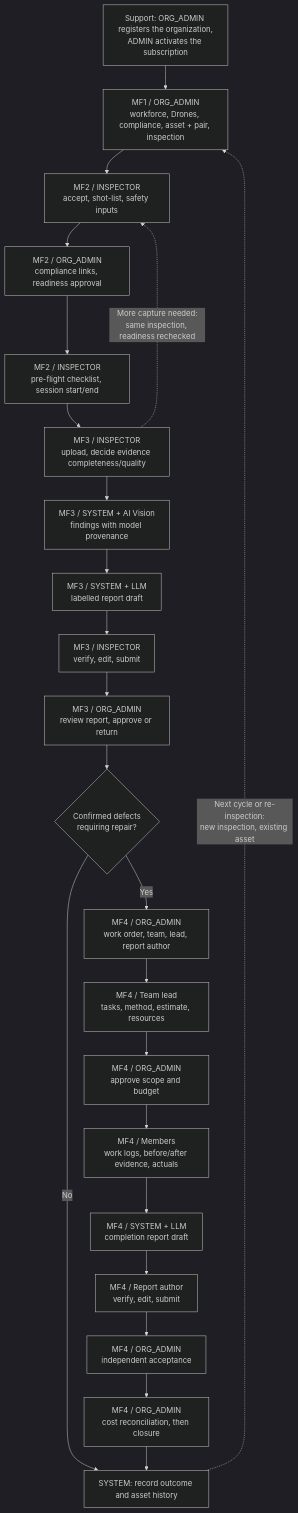
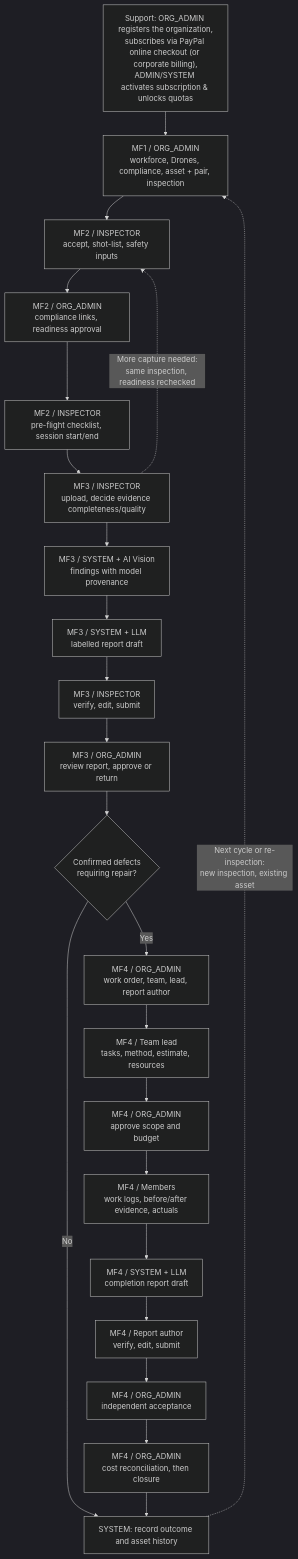
One commit to tungbach12/SmartDroneInspection-Docs changed the diagram in project-reference/business-flows.md. Above: the diagram before and after it, drawn with Mermaid (dark theme). The commit also changed other lines of this file, not shown here.

Commit message:
docs(flows): align business-flows reference with PayPal subscription payment integration

````diff
--- a/project-reference/business-flows.md
+++ b/project-reference/business-flows.md
@@ -64,26 +65,26 @@
 ```mermaid
 flowchart TD
-  S["Support: ORG_ADMIN registers the organization,<br/>ADMIN activates the subscription"] --> A
+  S["Support: ORG_ADMIN registers the organization,<br/>subscribes via PayPal online checkout (or corporate billing),<br/>ADMIN/SYSTEM activates subscription & unlocks quotas"] --> A
   A["MF1 / ORG_ADMIN<br/>workforce, Drones, compliance, asset + pair, inspection"] --> B
   B["MF2 / INSPECTOR<br/>accept, shot-list, safety inputs"] --> C
   C["MF2 / ORG_ADMIN<br/>compliance links, readiness approval"] --> D
   D["MF2 / INSPECTOR<br/>pre-flight checklist, session start/end"] --> E
   E["MF3 / INSPECTOR<br/>upload, decide evidence completeness/quality"] --> V
   E -.->|"More capture needed:<br/>same inspection, readiness rechecked"| B
   V["MF3 / SYSTEM + AI Vision<br/>findings with model provenance"] --> N
   N["MF3 / SYSTEM + LLM<br/>labelled report draft"] --> R
   R["MF3 / INSPECTOR<br/>verify, edit, submit"] --> F
   F["MF3 / ORG_ADMIN<br/>review report, approve or return"] --> G
   G{"Confirmed defects<br/>requiring repair?"}
   G -->|"No"| Z["SYSTEM: record outcome and asset history"]
   G -->|"Yes"| T
   T["MF4 / ORG_ADMIN<br/>work order, team, lead, report author"] --> P
   P["MF4 / Team lead<br/>tasks, method, estimate, resources"] --> Q
   Q["MF4 / ORG_ADMIN<br/>approve scope and budget"] --> W
   W["MF4 / Members<br/>work logs, before/after evidence, actuals"] --> H
   H["MF4 / SYSTEM + LLM<br/>completion report draft"] --> I
   I["MF4 / Report author<br/>verify, edit, submit"] --> J
   J["MF4 / ORG_ADMIN<br/>independent acceptance"] --> K
   K["MF4 / ORG_ADMIN<br/>cost reconciliation, then closure"] --> Z
   Z -.->|"Next cycle or re-inspection:<br/>new inspection, existing asset"| A
 ```
````
